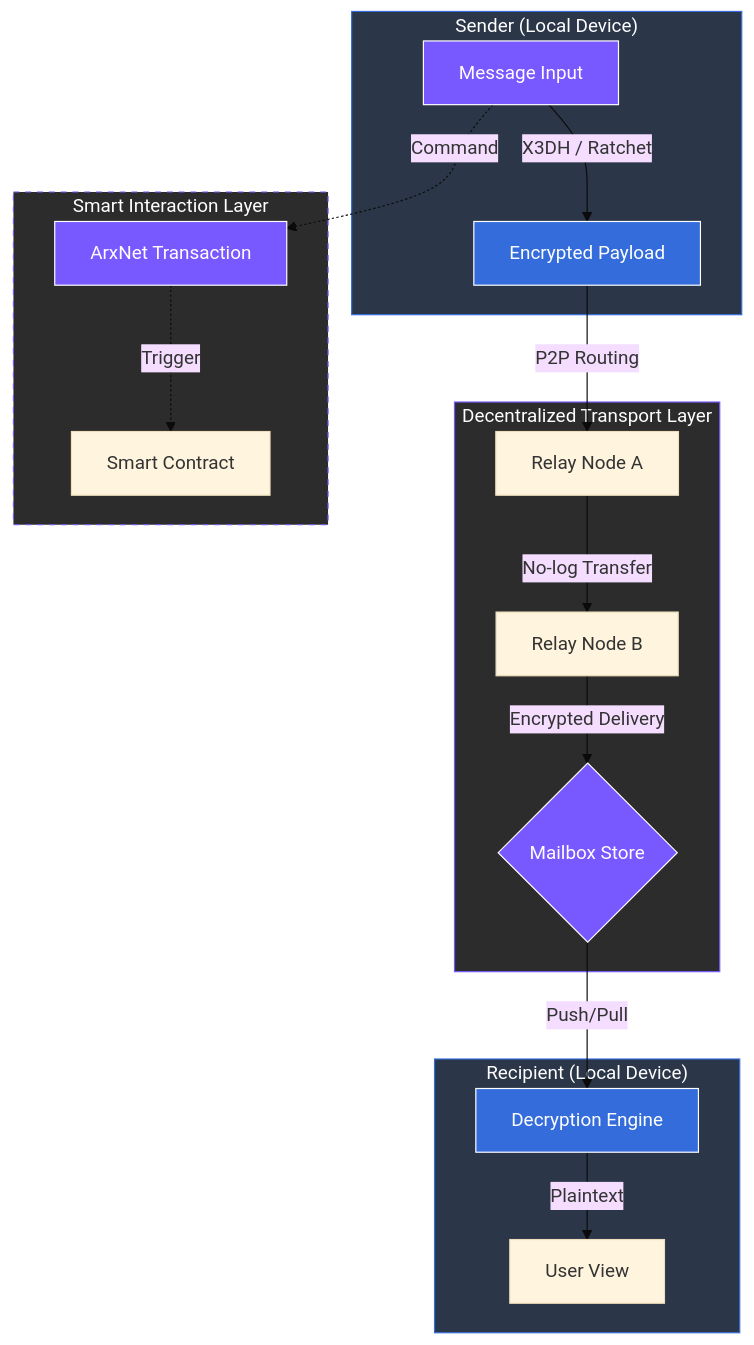
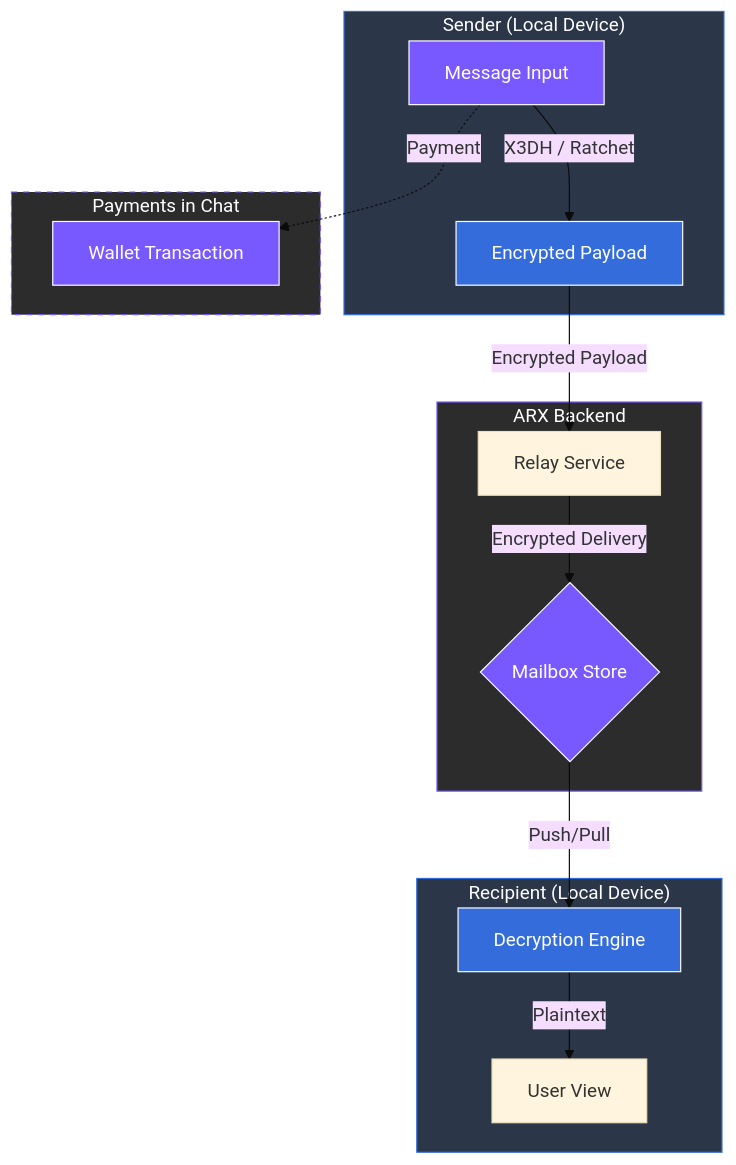
Before and after one commit to unusnullus/docs-xmtp-org: the diagram in gitbook/home/5-system-architecture/5.2-messaging-layer.md, drawn with Mermaid (base theme). The commit also changed other lines of this file and 32 other files, not shown here.

````diff
--- a/gitbook/home/5-system-architecture/5.2-messaging-layer.md
+++ b/gitbook/home/5-system-architecture/5.2-messaging-layer.md
@@ -12,38 +12,36 @@
 ```mermaid
 graph TD
     %% Global Styling
     accTitle: ARX Messaging Architecture
-    accDescr: Visualizing the flow of encrypted data through relays and mailboxes.
+    accDescr: Visualizing the flow of encrypted data through the relay service and mailbox.
 
     subgraph SENDER ["Sender (Local Device)"]
         A[Message Input] -->|X3DH / Ratchet| B[Encrypted Payload]
     end
 
-    subgraph TRANSPORT ["Decentralized Transport Layer"]
-        B -->|P2P Routing| R1[Relay Node A]
-        R1 -->|No-log Transfer| R2[Relay Node B]
-        R2 -->|Encrypted Delivery| MAIL{Mailbox Store}
+    subgraph TRANSPORT ["ARX Backend"]
+        B -->|Encrypted Payload| R1[Relay Service]
+        R1 -->|Encrypted Delivery| MAIL{Mailbox Store}
     end
 
     subgraph RECIPIENT ["Recipient (Local Device)"]
         MAIL -->|Push/Pull| C[Decryption Engine]
         C -->|Plaintext| D[User View]
     end
 
-    subgraph SMART ["Smart Interaction Layer"]
-        A -.->|Command| TX[ArxNet Transaction]
-        TX -.->|Trigger| CONTRACT[Smart Contract]
+    subgraph SMART ["Payments in Chat"]
+        A -.->|Payment| TX[Wallet Transaction]
     end
 
     %% Apply Brand Palette
     style SENDER fill:#2B3648,stroke:#346ddb,color:#fefeff
     style TRANSPORT fill:#2c2c2c,stroke:#7858ff,color:#fefeff
     style RECIPIENT fill:#2B3648,stroke:#346ddb,color:#fefeff
     style SMART fill:#2c2c2c,stroke:#7858ff,color:#fefeff,stroke-dasharray: 5 5
 
     style A fill:#7858ff,stroke:#fefeff,color:#fefeff
     style B fill:#346ddb,stroke:#fefeff,color:#fefeff
     style MAIL fill:#7858ff,stroke:#fefeff,color:#fefeff
     style C fill:#346ddb,stroke:#fefeff,color:#fefeff
     style TX fill:#7858ff,stroke:#fefeff,color:#fefeff
 ```
````
